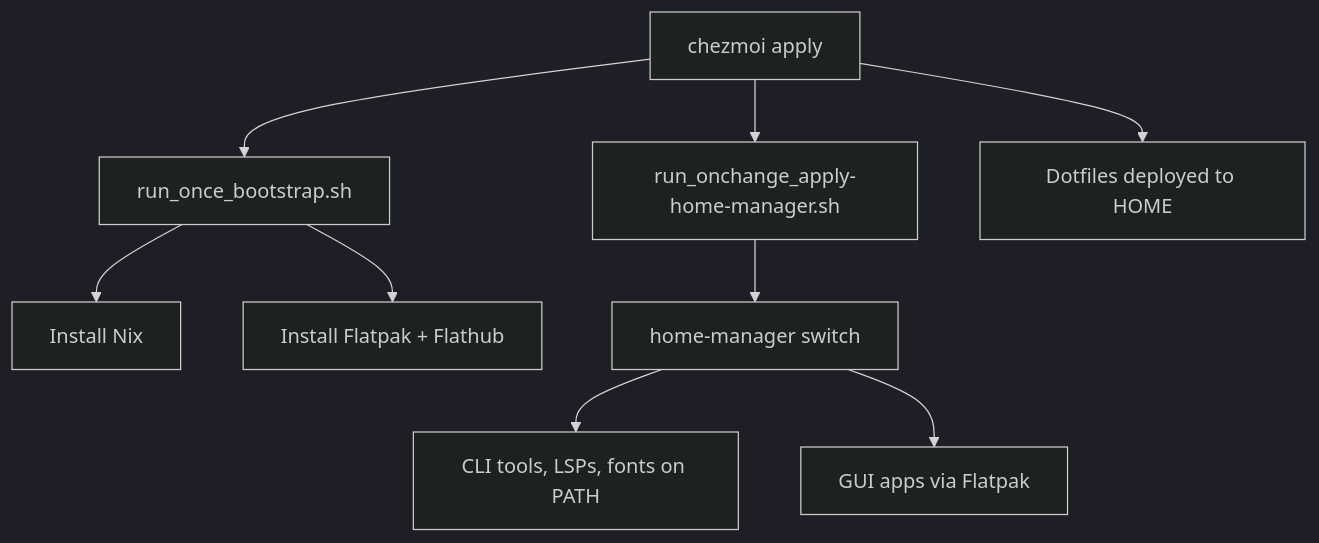
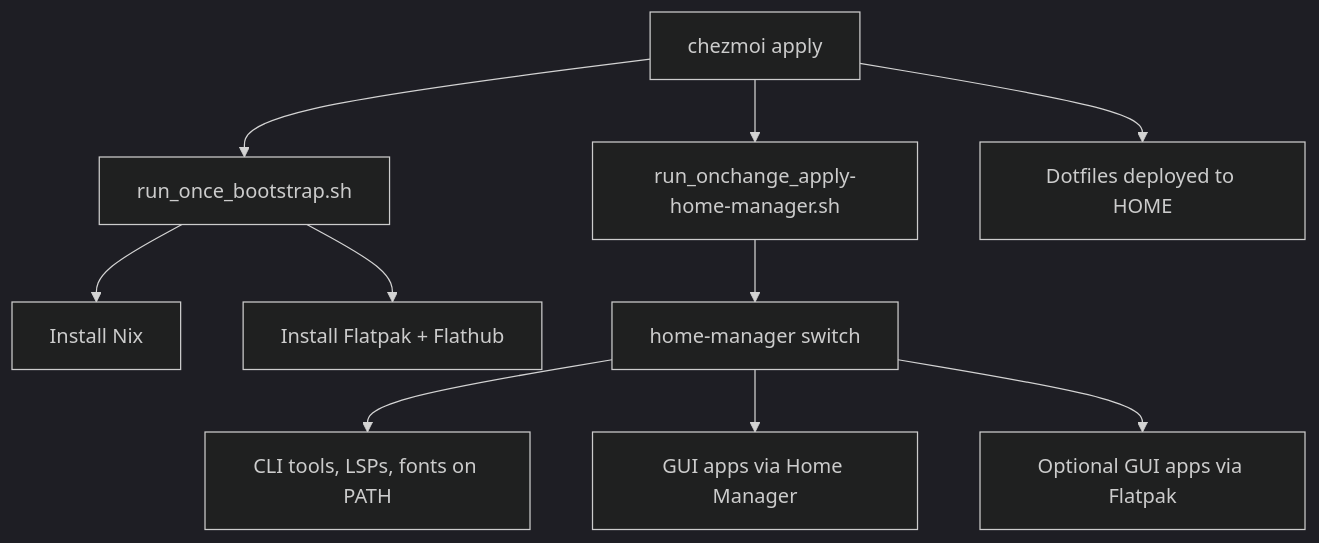
The diagram in docs/NIX.md (mi-b/dotfiles), drawn with Mermaid (dark theme) before and after one commit. The commit also changed other lines of this file and 7 other files, not shown here.

````diff
--- a/docs/NIX.md
+++ b/docs/NIX.md
@@ -9,11 +9,12 @@
 ```mermaid
 graph TD
     CM[chezmoi apply] --> BS[run_once_bootstrap.sh]
     CM --> HM[run_onchange_apply-home-manager.sh]
     CM --> DF[Dotfiles deployed to HOME]
     BS --> Nix[Install Nix]
     BS --> FP[Install Flatpak + Flathub]
     HM --> Switch[home-manager switch]
     Switch --> Pkgs[CLI tools, LSPs, fonts on PATH]
-    Switch --> Flatpaks[GUI apps via Flatpak]
+    Switch --> GuiNix[GUI apps via Home Manager]
+    Switch --> Flatpaks[Optional GUI apps via Flatpak]
 ```
````
